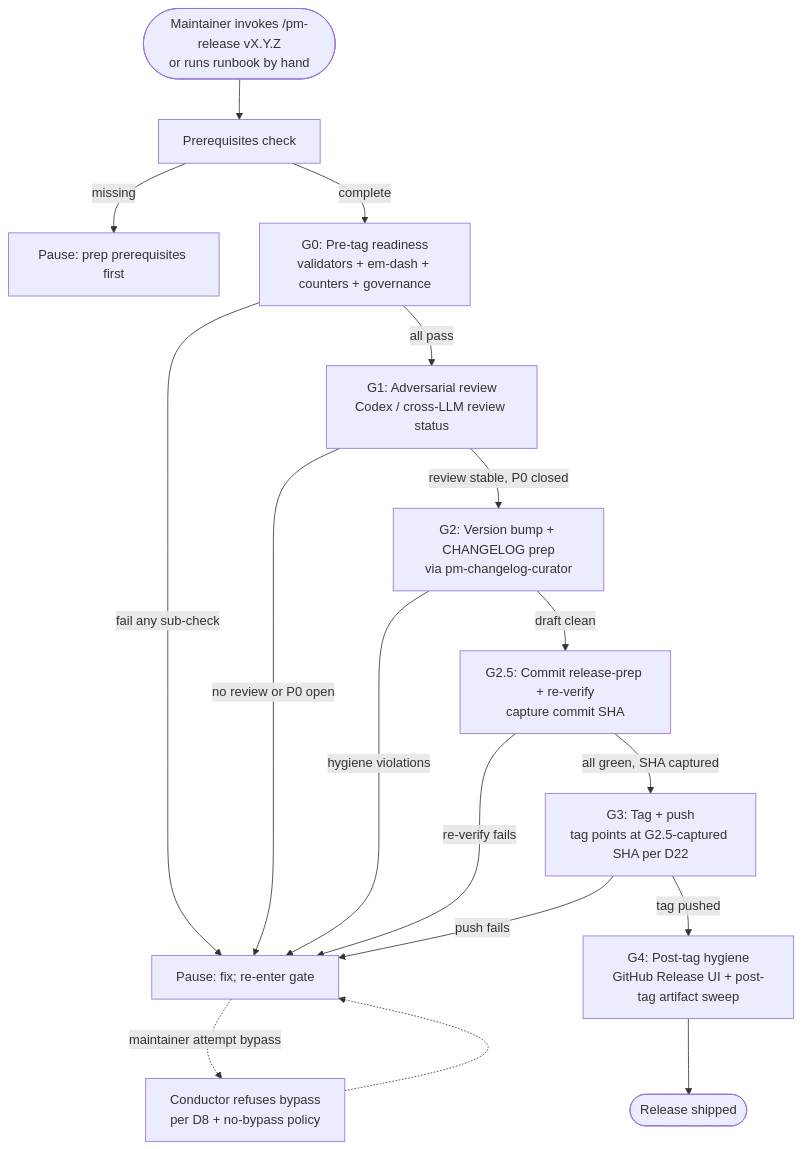
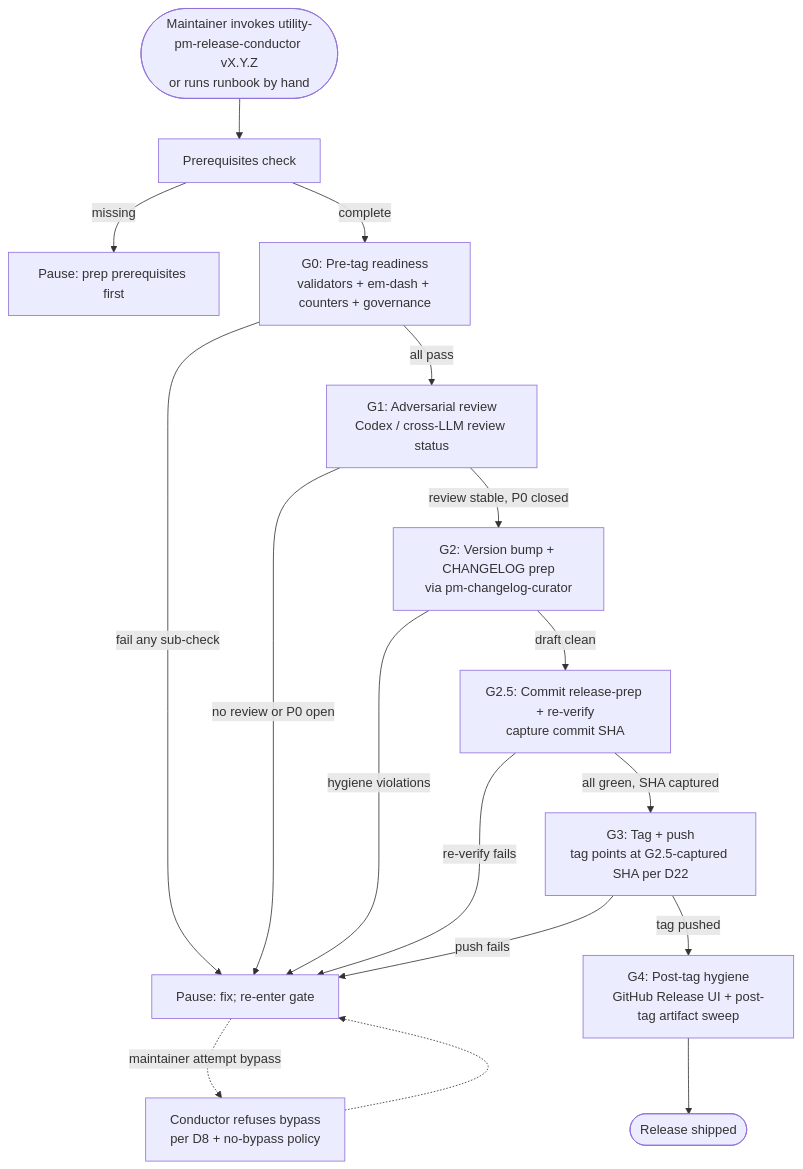
One commit to product-on-purpose/pm-skills changed the diagram in docs/contributing/release-runbook.md. Above: the diagram before and after it, drawn with Mermaid. The commit also changed other lines of this file and 187 other files, not shown here.

````diff
--- a/docs/contributing/release-runbook.md
+++ b/docs/contributing/release-runbook.md
@@ -30,25 +30,25 @@
 ```mermaid
 flowchart TD
-    Start([Maintainer invokes /pm-release vX.Y.Z<br/>or runs runbook by hand]) --> Pre[Prerequisites check]
+    Start([Maintainer invokes utility-pm-release-conductor vX.Y.Z<br/>or runs runbook by hand]) --> Pre[Prerequisites check]
     Pre -->|missing| PreFail[Pause: prep prerequisites first]
     Pre -->|complete| G0
     G0[G0: Pre-tag readiness<br/>validators + em-dash + counters + governance]
     G0 -->|fail any sub-check| GFail[Pause: fix; re-enter gate]
     G0 -->|all pass| G1
     G1[G1: Adversarial review<br/>Codex / cross-LLM review status]
     G1 -->|no review or P0 open| GFail
     G1 -->|review stable, P0 closed| G2
     G2[G2: Version bump + CHANGELOG prep<br/>via pm-changelog-curator]
     G2 -->|hygiene violations| GFail
     G2 -->|draft clean| G25
     G25[G2.5: Commit release-prep + re-verify<br/>capture commit SHA]
     G25 -->|re-verify fails| GFail
     G25 -->|all green, SHA captured| G3
     G3[G3: Tag + push<br/>tag points at G2.5-captured SHA per D22]
     G3 -->|push fails| GFail
     G3 -->|tag pushed| G4
     G4[G4: Post-tag hygiene<br/>GitHub Release UI + post-tag artifact sweep]
     G4 --> Done([Release shipped])
     GFail -.->|maintainer attempt bypass| Refuse[Conductor refuses bypass<br/>per D8 + no-bypass policy]
     Refuse -.-> GFail
 ```
````
